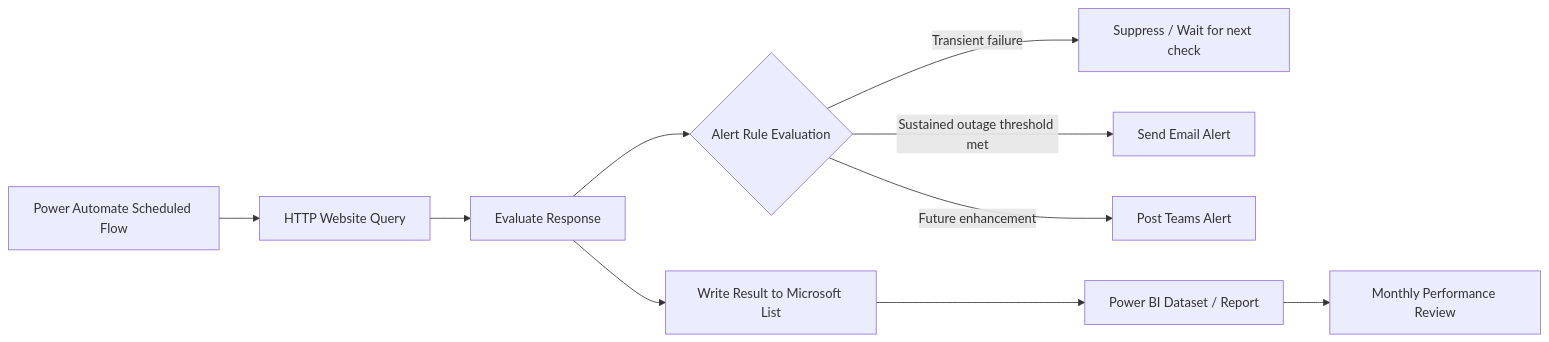
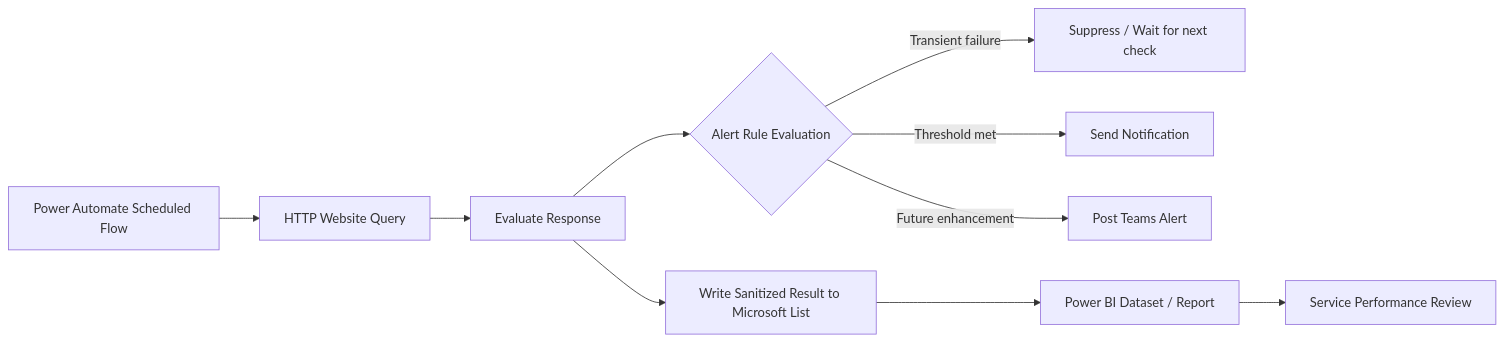
One commit to leongxudong/website-monitoring-dashboard-using-microsoft changed the diagram in README.md. Above: the diagram before and after it, drawn with Mermaid. The commit also changed other lines of this file, not shown here.

````diff
--- a/README.md
+++ b/README.md
@@ -44,12 +18,12 @@
 ```mermaid
 flowchart LR
     A[Power Automate Scheduled Flow] --> B[HTTP Website Query]
     B --> C[Evaluate Response]
-    C --> D[Write Result to Microsoft List]
+    C --> D[Write Sanitized Result to Microsoft List]
     C --> E{Alert Rule Evaluation}
     E -->|Transient failure| F[Suppress / Wait for next check]
-    E -->|Sustained outage threshold met| G[Send Email Alert]
+    E -->|Threshold met| G[Send Notification]
     E -->|Future enhancement| H[Post Teams Alert]
     D --> I[Power BI Dataset / Report]
-    I --> J[Monthly Performance Review]
+    I --> J[Service Performance Review]
 ```
````
